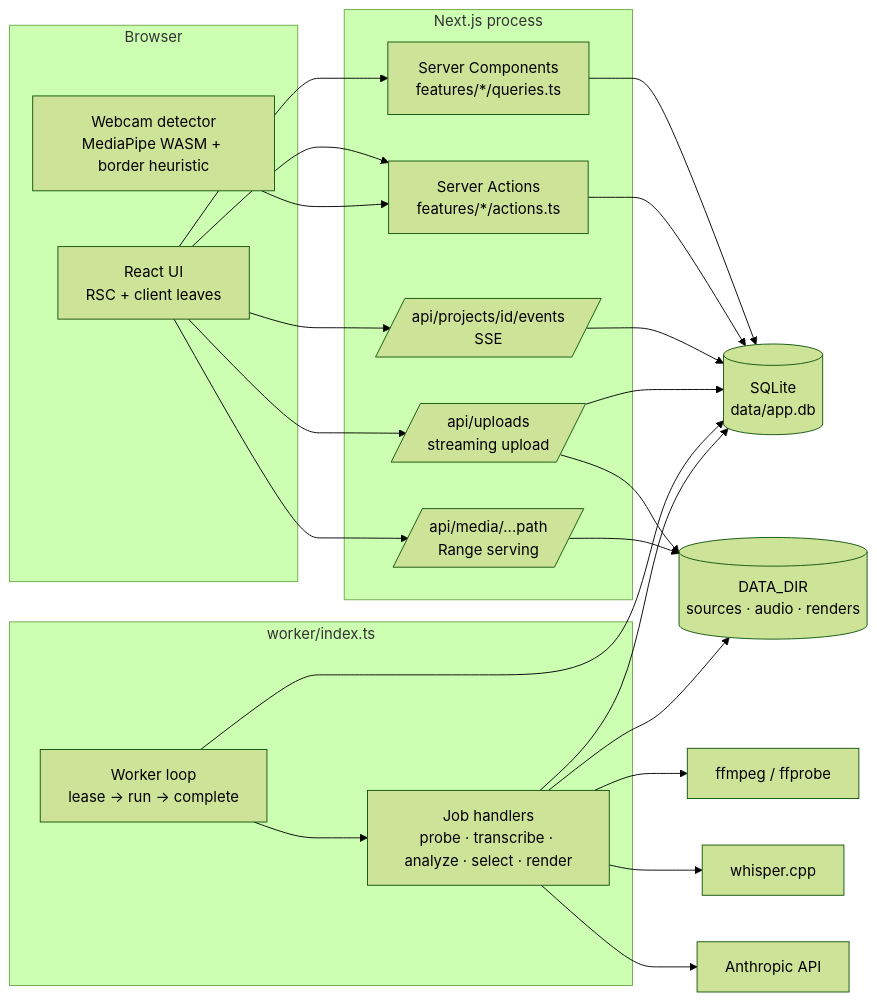
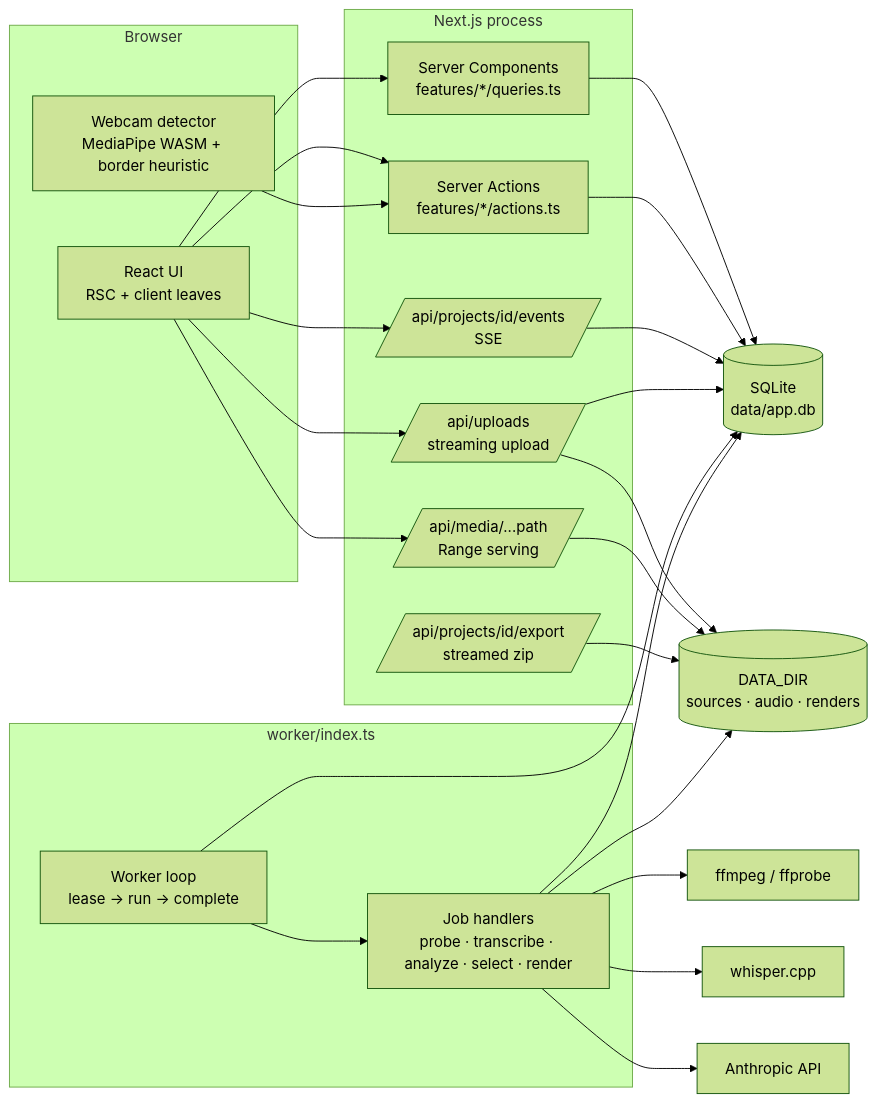
The first of 2 diagrams in docs/ARCHITECTURE.md (gabrielccarvalho/nimbus), drawn with Mermaid (forest theme) before and after one commit. The commit also changed 23 other files, not shown here.

Commit message:
feat: add clip editor, render controls and zip export

````diff
--- a/docs/ARCHITECTURE.md
+++ b/docs/ARCHITECTURE.md
@@ -7,35 +7,36 @@
 ```mermaid
 flowchart LR
   subgraph Browser
     UI[React UI<br/>RSC + client leaves]
     WD[Webcam detector<br/>MediaPipe WASM + border heuristic]
   end
 
   subgraph Next[Next.js process]
     RSC[Server Components<br/>features/*/queries.ts]
     SA[Server Actions<br/>features/*/actions.ts]
     UP[/api/uploads<br/>streaming upload/]
     MD[/api/media/...path<br/>Range serving/]
     SSE[/api/projects/id/events<br/>SSE/]
+    ZIP[/api/projects/id/export<br/>streamed zip/]
   end
 
   subgraph Worker[worker/index.ts]
     WL[Worker loop<br/>lease → run → complete]
     H[Job handlers<br/>probe · transcribe · analyze · select · render]
   end
 
   DB[(SQLite<br/>data/app.db)]
   FS[(DATA_DIR<br/>sources · audio · renders)]
   FF[ffmpeg / ffprobe]
   WH[whisper.cpp]
   AN[Anthropic API]
 
   UI --> RSC & SA & UP & MD & SSE
   WD --> SA
   RSC & SA & SSE --> DB
   UP --> FS & DB
-  MD --> FS
+  MD & ZIP --> FS
   WL --> DB
   WL --> H
   H --> FF & WH & AN & FS & DB
 ```
````
